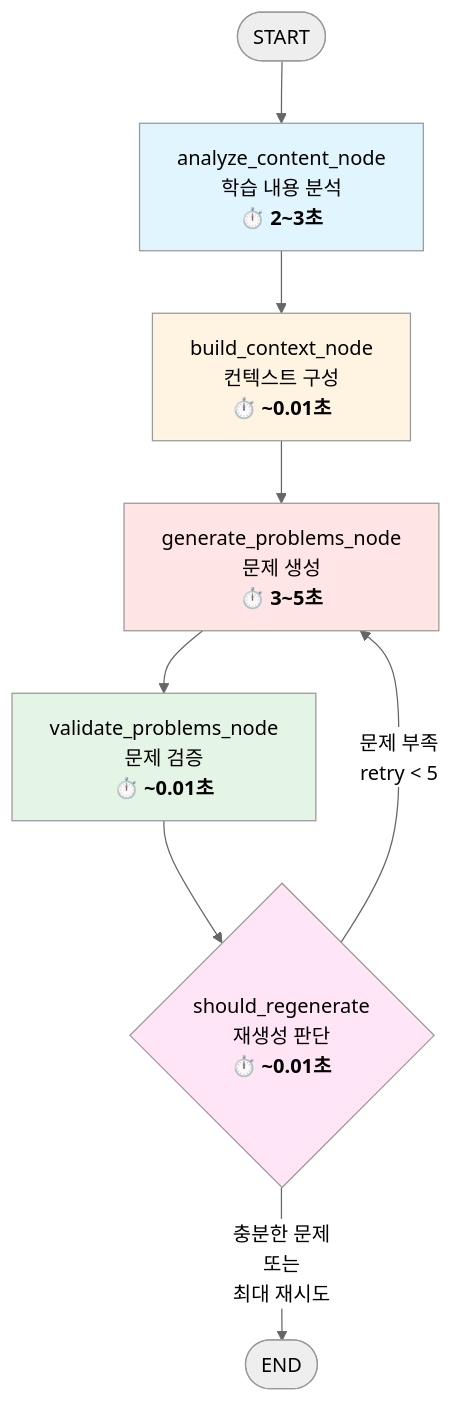
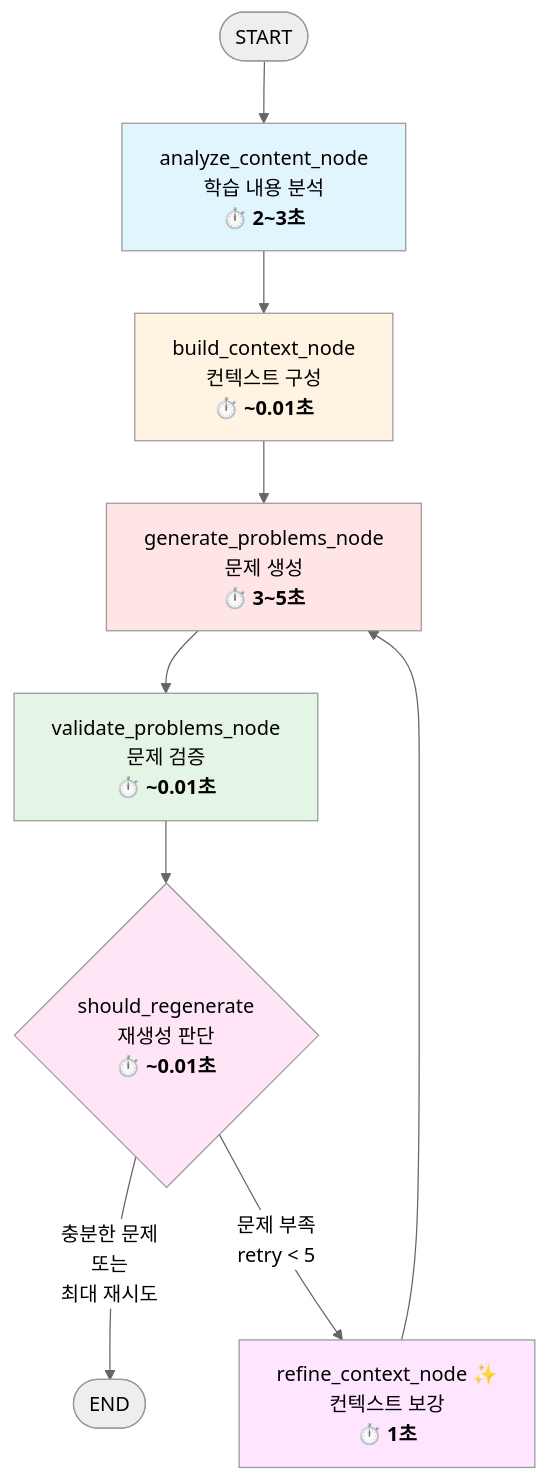
Before and after one commit to Kernel-edu-mentor/KDT_BE13_Toy_Project4: the first of 29 diagrams in python-server/PROBLEM_WORKFLOW.md, drawn with Mermaid (neutral theme). The commit also changed other lines of this file and 9 other files, not shown here.

````diff
--- a/python-server/PROBLEM_WORKFLOW.md
+++ b/python-server/PROBLEM_WORKFLOW.md
@@ -9,17 +9,19 @@
 ```mermaid
 graph TD
     Start([START]) --> Analyze[analyze_content_node<br/>학습 내용 분석<br/><b>⏱️ 2~3초</b>]
     Analyze --> Build[build_context_node<br/>컨텍스트 구성<br/><b>⏱️ ~0.01초</b>]
     Build --> Generate[generate_problems_node<br/>문제 생성<br/><b>⏱️ 3~5초</b>]
     Generate --> Validate[validate_problems_node<br/>문제 검증<br/><b>⏱️ ~0.01초</b>]
     Validate --> Decision{should_regenerate<br/>재생성 판단<br/><b>⏱️ ~0.01초</b>}
 
     Decision -->|충분한 문제<br/>또는<br/>최대 재시도| End([END])
-    Decision -->|문제 부족<br/>retry < 5| Generate
+    Decision -->|문제 부족<br/>retry < 5| Refine[refine_context_node ✨<br/>컨텍스트 보강<br/><b>⏱️ 1초</b>]
+    Refine --> Generate
 
     style Analyze fill:#e1f5ff
     style Build fill:#fff4e1
     style Generate fill:#ffe5e5
     style Validate fill:#e5f5e5
     style Decision fill:#ffe5f5
+    style Refine fill:#ffe5ff
 ```
````
